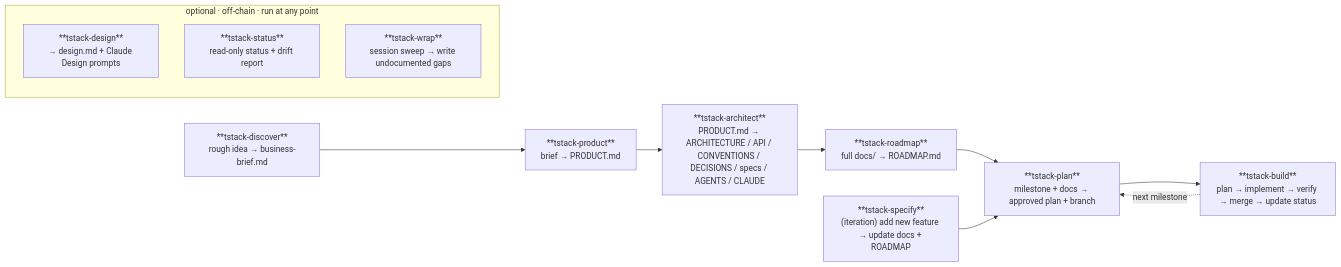
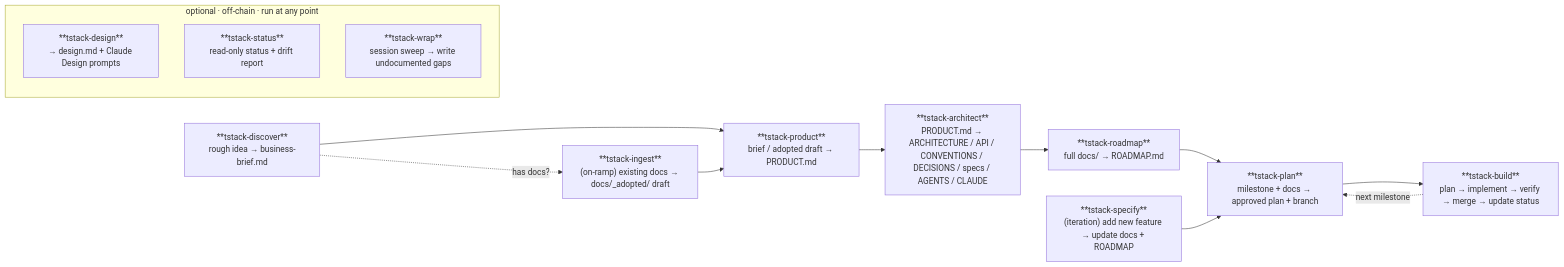
The diagram in README.md (tatejennings/tstack), drawn with Mermaid before and after one commit. The commit also changed other lines of this file and 9 other files, not shown here.

````diff
--- a/README.md
+++ b/README.md
@@ -13,18 +13,21 @@
 ```mermaid
 flowchart LR
+  I["**tstack-ingest**<br/>(on-ramp) existing docs → docs/_adopted/ draft"]
   A["**tstack-discover**<br/>rough idea → business-brief.md"]
-  B["**tstack-product**<br/>brief → PRODUCT.md"]
+  B["**tstack-product**<br/>brief / adopted draft → PRODUCT.md"]
   C["**tstack-architect**<br/>PRODUCT.md → ARCHITECTURE / API / CONVENTIONS / DECISIONS / specs / AGENTS / CLAUDE"]
   D["**tstack-roadmap**<br/>full docs/ → ROADMAP.md"]
   P["**tstack-plan**<br/>milestone + docs → approved plan + branch"]
   E["**tstack-build**<br/>plan → implement → verify → merge → update status"]
   F["**tstack-specify**<br/>(iteration) add new feature → update docs + ROADMAP"]
   A --> B --> C --> D --> P --> E
+  I --> B
+  A -.has docs?.-> I
   E -.next milestone.-> P
   F --> P
   subgraph offchain ["optional · off-chain · run at any point"]
     G["**tstack-design**<br/>→ design.md + Claude Design prompts"]
     H["**tstack-status**<br/>read-only status + drift report"]
     W["**tstack-wrap**<br/>session sweep → write undocumented gaps"]
   end
 ```
````
